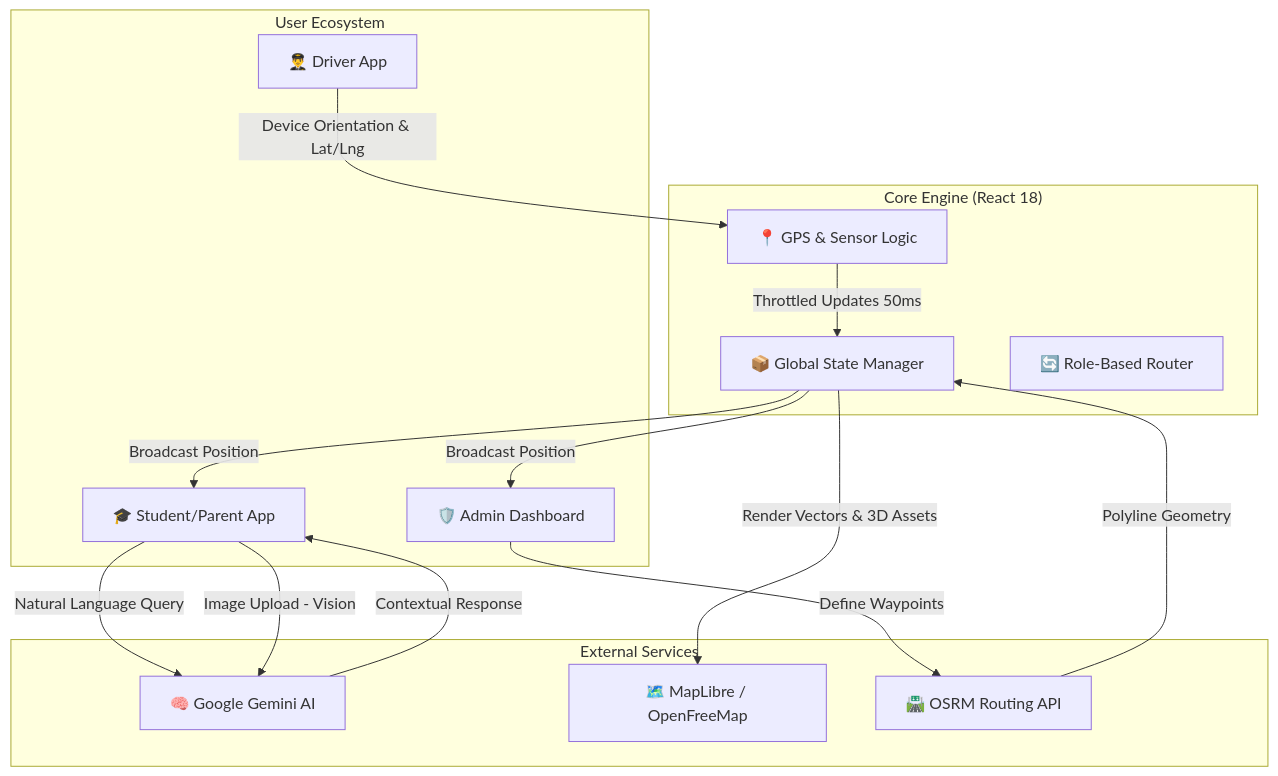
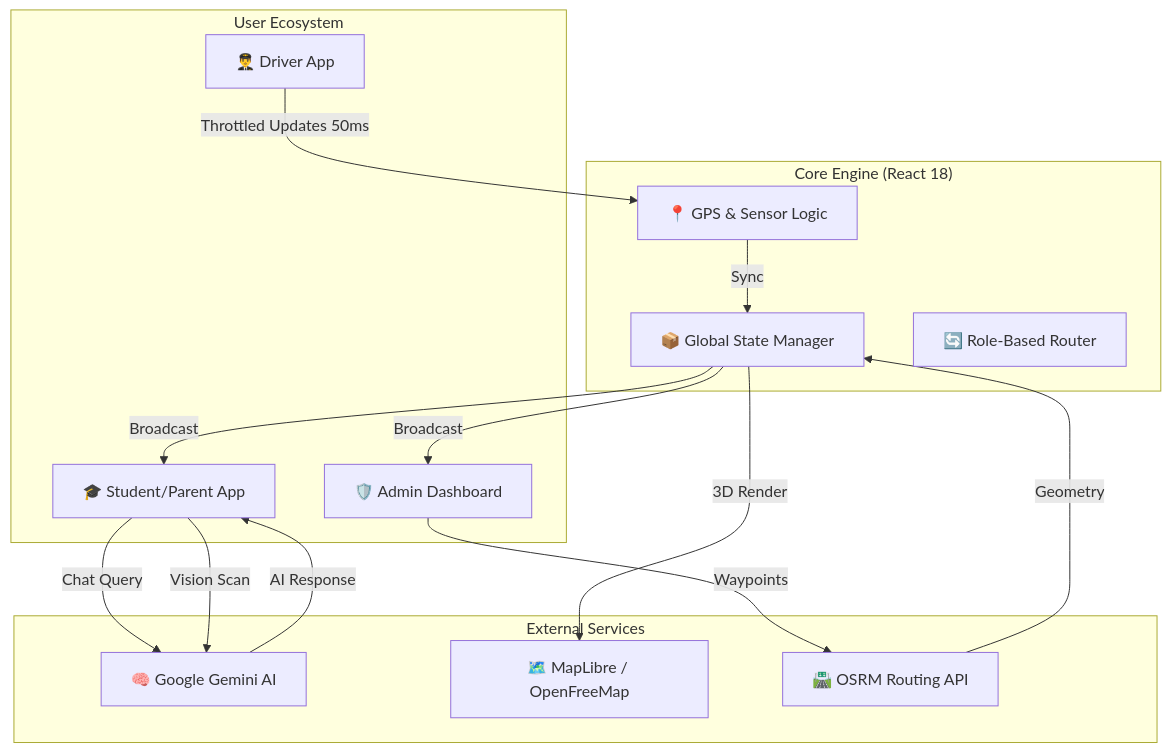
The diagram in README.md (Quit4859/trackmybus), drawn with Mermaid before and after one commit. The commit also changed other lines of this file and 1 other file, not shown here.

````diff
--- a/README.md
+++ b/README.md
@@ -15,36 +15,36 @@
 ```mermaid
 graph TD
     subgraph "User Ecosystem"
         Driver[👨‍✈️ Driver App]
         Student[🎓 Student/Parent App]
         Admin[🛡️ Admin Dashboard]
     end
 
     subgraph "Core Engine (React 18)"
         State[📦 Global State Manager]
         GPS[📍 GPS & Sensor Logic]
         Router[🔄 Role-Based Router]
     end
 
     subgraph "External Services"
         Gemini[🧠 Google Gemini AI]
         MapService[🗺️ MapLibre / OpenFreeMap]
         OSRM[🛣️ OSRM Routing API]
     end
 
     %% Telemetry Flow
-    Driver -->|Device Orientation & Lat/Lng| GPS
-    GPS -->|Throttled Updates 50ms| State
-    State -->|Broadcast Position| Student
-    State -->|Broadcast Position| Admin
+    Driver -->|Throttled Updates 50ms| GPS
+    GPS -->|Sync| State
+    State -->|Broadcast| Student
+    State -->|Broadcast| Admin
 
     %% AI Flow
-    Student -->|Natural Language Query| Gemini
-    Student -->|Image Upload - Vision| Gemini
-    Gemini -->|Contextual Response| Student
+    Student -->|Chat Query| Gemini
+    Student -->|Vision Scan| Gemini
+    Gemini -->|AI Response| Student
 
     %% Mapping Flow
-    Admin -->|Define Waypoints| OSRM
-    OSRM -->|Polyline Geometry| State
-    State -->|Render Vectors & 3D Assets| MapService
+    Admin -->|Waypoints| OSRM
+    OSRM -->|Geometry| State
+    State -->|3D Render| MapService
 ```
````
